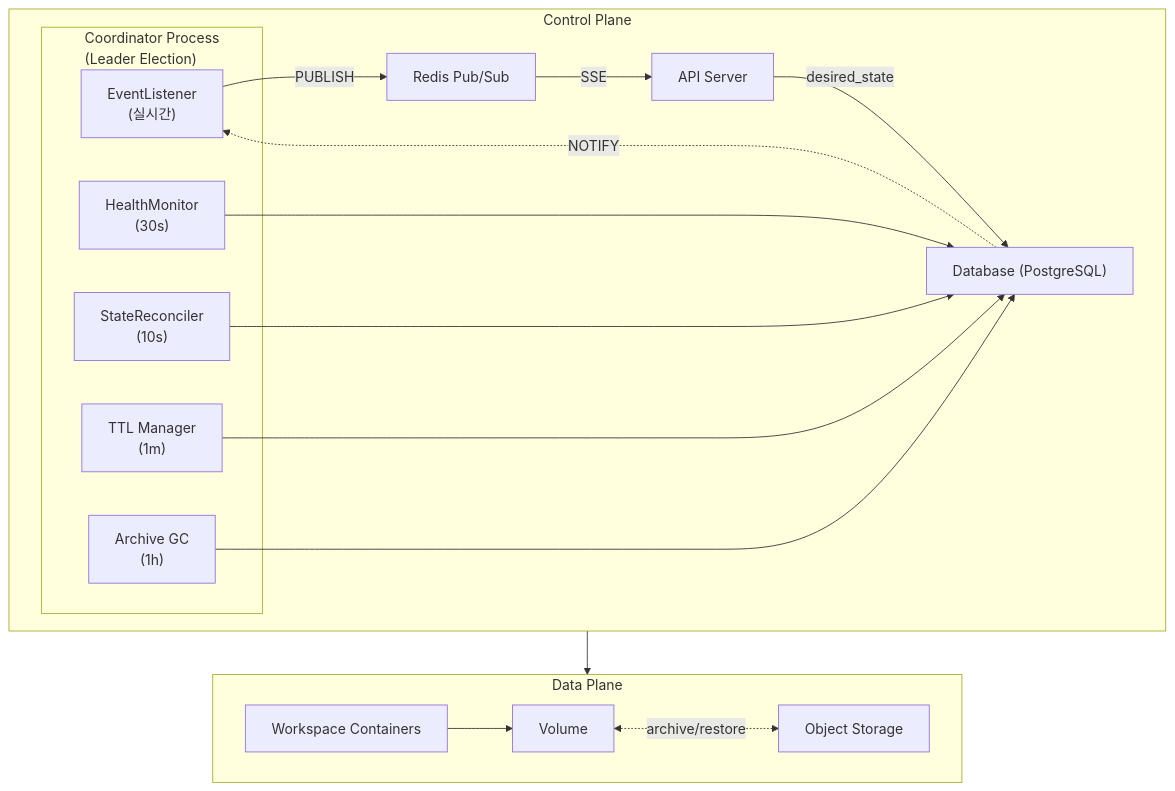
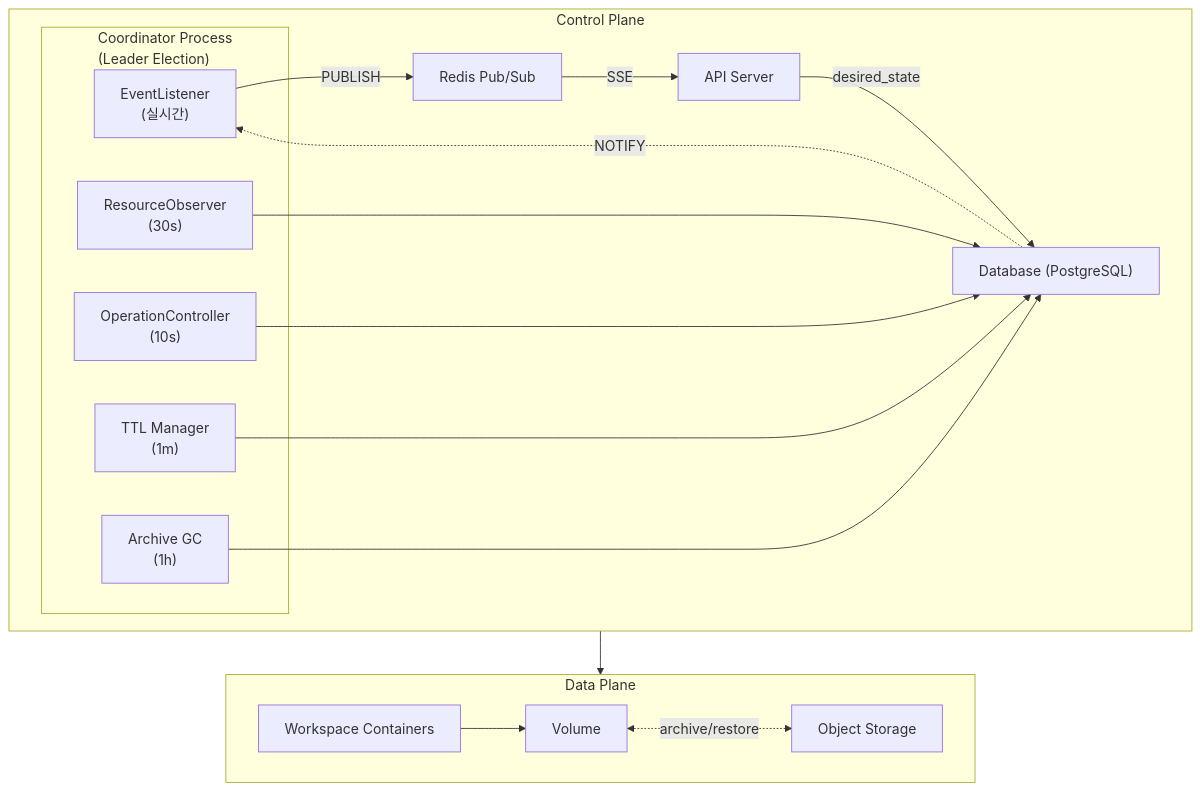
Before and after one commit to cagojeiger/code-hub: the diagram in docs/spec_v2/README.md, drawn with Mermaid. The commit also changed other lines of this file and 6 other files, not shown here.

First line of the commit message:
docs(spec_v2): rename HM→ResourceObserver, SR→OperationController

````diff
--- a/docs/spec_v2/README.md
+++ b/docs/spec_v2/README.md
@@ -15,37 +15,37 @@
 ```mermaid
 flowchart TB
     subgraph ControlPlane["Control Plane"]
         API["API Server"]
 
         subgraph Coordinator["Coordinator Process<br/>(Leader Election)"]
             EL["EventListener<br/>(실시간)"]
-            HM["HealthMonitor<br/>(30s)"]
-            SR["StateReconciler<br/>(10s)"]
+            RO["ResourceObserver<br/>(30s)"]
+            OC["OperationController<br/>(10s)"]
             TTL["TTL Manager<br/>(1m)"]
             GC["Archive GC<br/>(1h)"]
         end
 
         DB["Database (PostgreSQL)"]
         Redis["Redis Pub/Sub"]
 
         API -->|"desired_state"| DB
-        HM --> DB
-        SR --> DB
+        RO --> DB
+        OC --> DB
         TTL --> DB
         GC --> DB
         DB -.->|"NOTIFY"| EL
         EL -->|"PUBLISH"| Redis
         Redis -->|"SSE"| API
     end
 
     subgraph DataPlane["Data Plane"]
         WC["Workspace Containers"]
         VOL["Volume"]
         S3["Object Storage"]
 
         WC --> VOL
         VOL <-.->|"archive/restore"| S3
     end
 
     ControlPlane --> DataPlane
 ```
````
